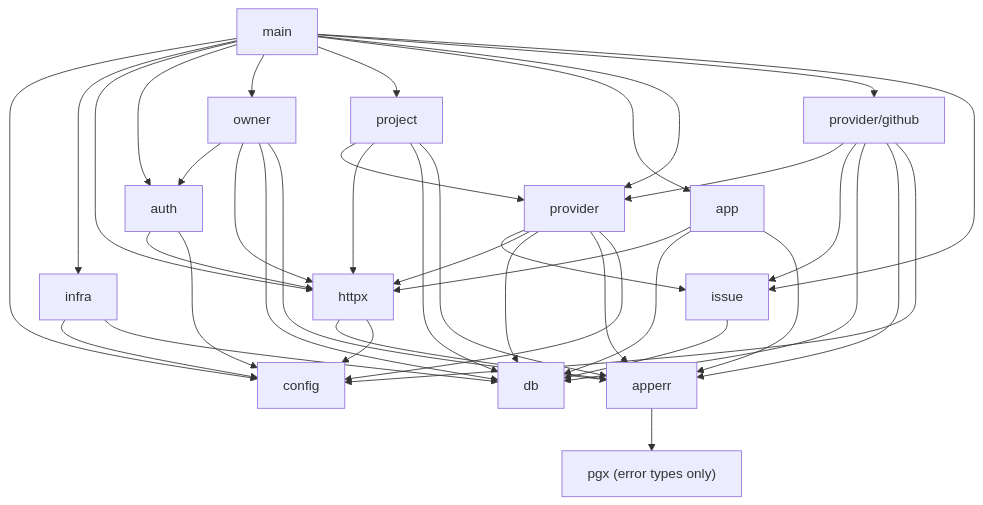
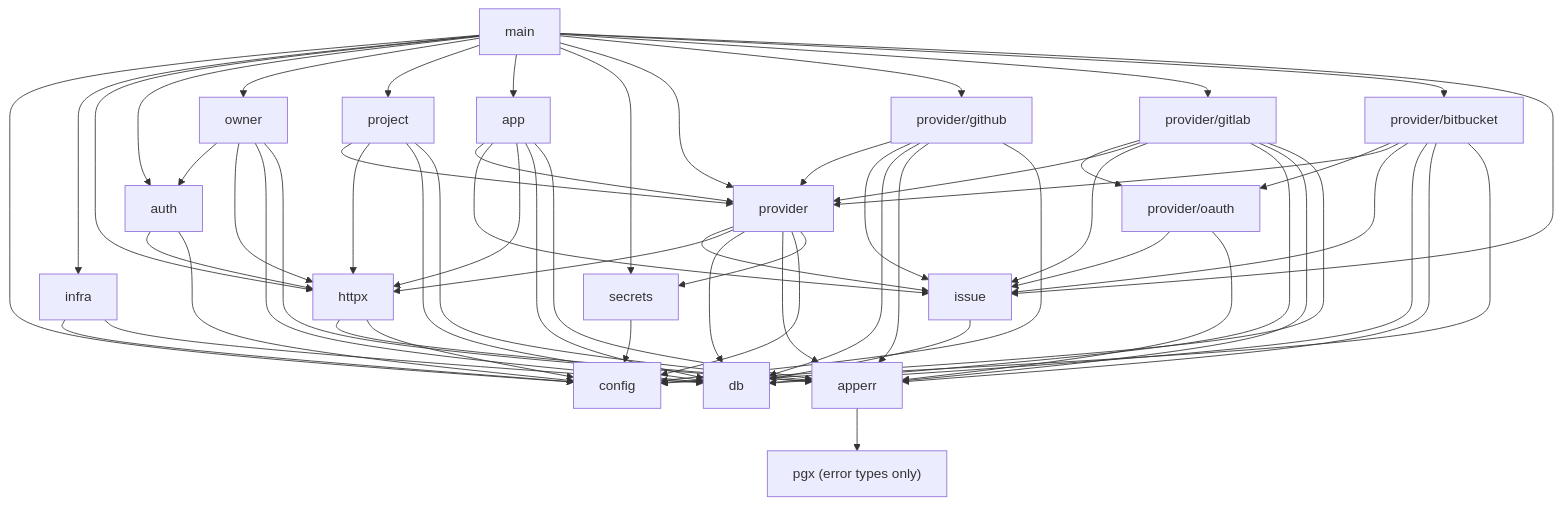
Before and after one commit to MicroClub-USTHB/m-Seismo: the second of 3 diagrams in backend/docs/architecture.md, drawn with Mermaid. The commit also changed other lines of this file and 121 other files, not shown here.

First line of the commit message:
Wail/feat/gitlab bitbucket (#40)

````diff
--- a/backend/docs/architecture.md
+++ b/backend/docs/architecture.md
@@ -133,15 +153,19 @@
 ```mermaid
 flowchart TD
-    main --> config & infra & httpx & auth & owner & project & app & provider & github["provider/github"] & issue
+    main --> config & infra & httpx & auth & owner & project & app & secrets & provider & github["provider/github"] & gitlab["provider/gitlab"] & bitbucket["provider/bitbucket"] & issue
 
     owner --> auth & httpx & db & apperr
     project --> provider & httpx & db & apperr
-    app --> httpx & db & apperr
+    app --> provider & issue & httpx & db & apperr
     provider --> issue & httpx & db & apperr & config
     github --> provider & issue & db & apperr & config
+    gitlab & bitbucket --> oauth["provider/oauth"] & provider & issue & db & apperr & config
+    oauth --> issue & apperr
+    provider --> secrets
+    secrets --> config
     issue --> db
     auth --> httpx & config
     httpx --> apperr & config
     infra --> config & db
     apperr --> pgx["pgx (error types only)"]
 ```
````
